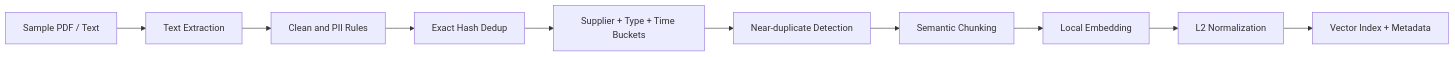
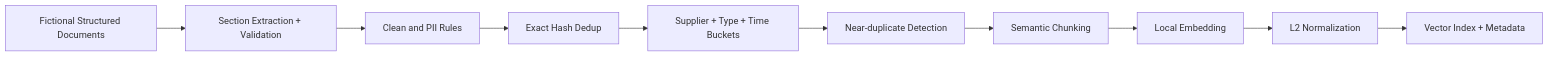
One commit to Xin-Ethan-Li/supplier-risk-intelligence changed the fifth of 6 diagrams in docs/03_TECHNICAL_ARCHITECTURE.md. Above: the diagram before and after it, drawn with Mermaid. The commit also changed other lines of this file and 31 other files, not shown here.

````diff
--- a/docs/03_TECHNICAL_ARCHITECTURE.md
+++ b/docs/03_TECHNICAL_ARCHITECTURE.md
@@ -232,12 +232,12 @@
 ```mermaid
 flowchart LR
-    RAW["Sample PDF / Text"] --> EXT["Text Extraction"]
+    RAW["Fictional Structured Documents"] --> EXT["Section Extraction + Validation"]
     EXT --> CLEAN["Clean and PII Rules"]
     CLEAN --> HASH["Exact Hash Dedup"]
     HASH --> CAND["Supplier + Type + Time Buckets"]
     CAND --> NEAR["Near-duplicate Detection"]
     NEAR --> CHUNK["Semantic Chunking"]
     CHUNK --> EMB["Local Embedding"]
     EMB --> NORM["L2 Normalization"]
     NORM --> IDX["Vector Index + Metadata"]
 ```
````
